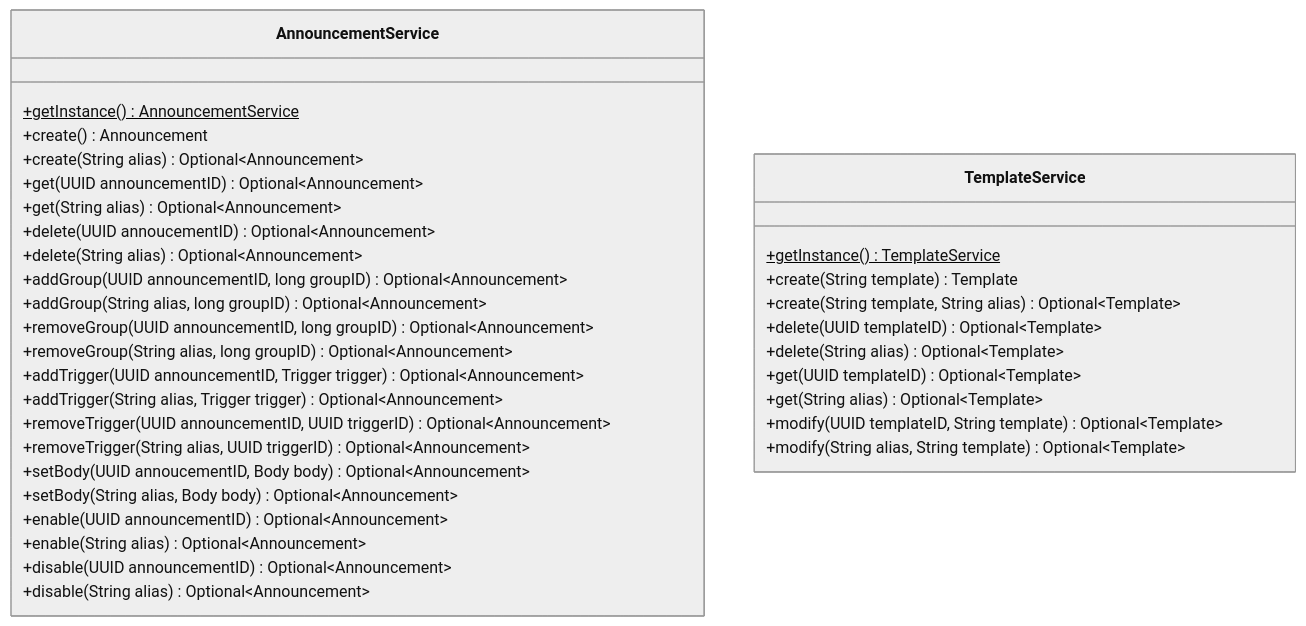
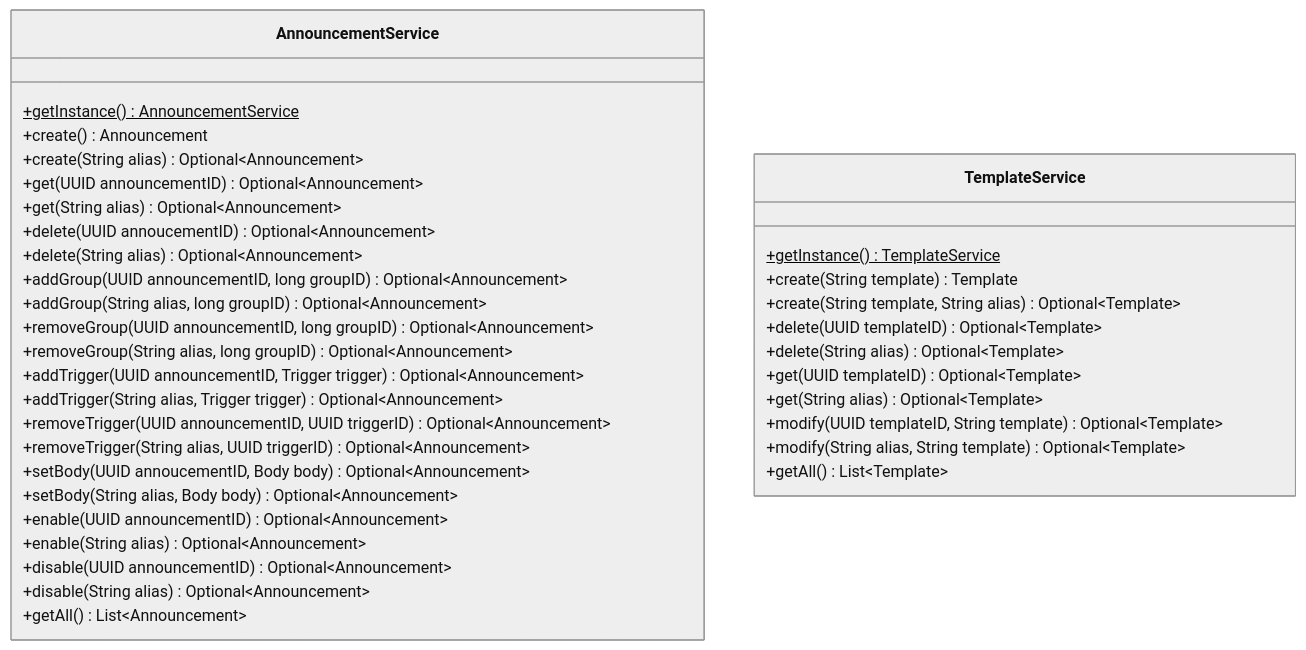
Before and after one commit to nanoyou/MaidNana: the third of 3 diagrams in docs/class-diagram.md, drawn with Mermaid (neutral theme).

Commit message:
docs: 添加 getAll 方法

````diff
--- a/docs/class-diagram.md
+++ b/docs/class-diagram.md
@@ -68,39 +68,41 @@
 ```mermaid
 classDiagram
 class AnnouncementService {
     +getInstance()$ AnnouncementService
     
     +create() Announcement
     +create(String alias) Optional~Announcement~
     +get(UUID announcementID) Optional~Announcement~
     +get(String alias) Optional~Announcement~
     +delete(UUID annoucementID) Optional~Announcement~
     +delete(String alias) Optional~Announcement~
     +addGroup(UUID announcementID, long groupID) Optional~Announcement~
     +addGroup(String alias, long groupID) Optional~Announcement~
     +removeGroup(UUID announcementID, long groupID) Optional~Announcement~
     +removeGroup(String alias, long groupID) Optional~Announcement~
     +addTrigger(UUID announcementID, Trigger trigger) Optional~Announcement~
     +addTrigger(String alias, Trigger trigger) Optional~Announcement~
     +removeTrigger(UUID announcementID, UUID triggerID) Optional~Announcement~
     +removeTrigger(String alias, UUID triggerID) Optional~Announcement~
     +setBody(UUID annoucementID, Body body) Optional~Announcement~
     +setBody(String alias, Body body) Optional~Announcement~
     +enable(UUID announcementID) Optional~Announcement~
     +enable(String alias) Optional~Announcement~
     +disable(UUID announcementID) Optional~Announcement~
     +disable(String alias) Optional~Announcement~
+    +getAll() List~Announcement~
 }
 class TemplateService {
     +getInstance()$ TemplateService
     
     +create(String template) Template
     +create(String template, String alias) Optional~Template~
     +delete(UUID templateID) Optional~Template~
     +delete(String alias) Optional~Template~
     +get(UUID templateID) Optional~Template~
     +get(String alias) Optional~Template~
     +modify(UUID templateID, String template) Optional~Template~
     +modify(String alias, String template) Optional~Template~
+    +getAll() List~Template~
 }
 ```
````
